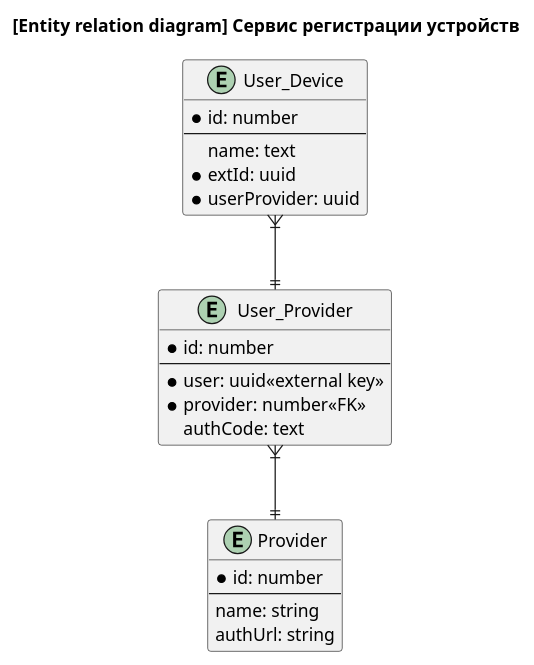
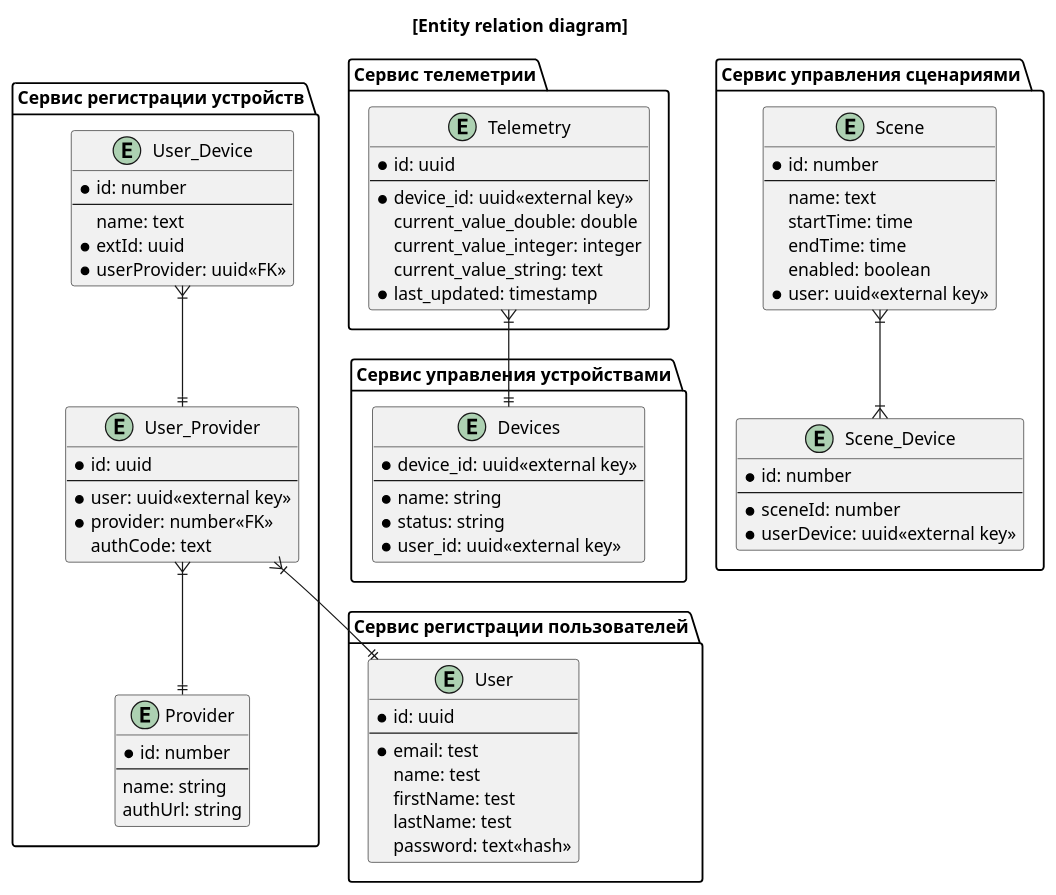
One commit to d-dmitriev/architecture-sprint-3 changed the eighth of 8 diagrams in tobe.puml. Above: the diagram before and after it, drawn with PlantUML. The commit also changed other lines of this file and 1 other file, not shown here.

```diff
--- a/tobe.puml
+++ b/tobe.puml
@@ -286,25 +269,82 @@
 @startuml
-title [Entity relation diagram] Сервис регистрации устройств
-entity Provider {
-    *id: number
-    --
-    name: string
-    authUrl: string
+title [Entity relation diagram]
+package "Сервис регистрации пользователей" {
+    entity User {
+        *id: uuid
+        --
+        *email: test
+        name: test
+        firstName: test
+        lastName: test
+        password: text<<hash>>
+    }
 }
-entity User_Provider {
-    *id: number
-    --
-    *user: uuid<<external key>>
-    *provider: number<<FK>>
-    authCode: text
+package "Сервис регистрации устройств" {
+    entity Provider {
+        *id: number
+        --
+        name: string
+        authUrl: string
+    }
+    entity User_Provider {
+        *id: uuid
+        --
+        *user: uuid<<external key>>
+        *provider: number<<FK>>
+        authCode: text
+    }
+    entity User_Device {
+        *id: number
+        --
+        name: text
+        *extId: uuid
+        *userProvider: uuid<<FK>>
+    }
+    User_Provider }|--|| Provider
+    User_Device }|--|| User_Provider
 }
-entity User_Device {
-    *id: number
-    --
-    name: text
-    *extId: uuid
-    *userProvider: uuid
+
+package "Сервис телеметрии" {
+    entity Telemetry {
+        *id: uuid
+        --
+        *device_id: uuid<<external key>>
+        current_value_double: double
+        current_value_integer: integer
+        current_value_string: text
+        *last_updated: timestamp
+    }
 }
-User_Provider }|--|| Provider
-User_Device }|--|| User_Provider
+
+package "Сервис управления устройствами" {
+    entity Devices {
+        *device_id: uuid<<external key>>
+        --
+        *name: string
+        *status: string
+        *user_id: uuid<<external key>>
+    }
+}
+
+package "Сервис управления сценариями" {
+    entity Scene {
+        *id: number
+        --
+        name: text
+        startTime: time
+        endTime: time
+        enabled: boolean
+        *user: uuid<<external key>>
+    }
+    entity Scene_Device {
+        *id: number
+        --
+        *sceneId: number
+        *userDevice: uuid<<external key>>
+    }
+    Scene }|--|{ Scene_Device
+}
+
+Telemetry }|--|| Devices
+User_Provider }|--|| User
 @enduml
```
